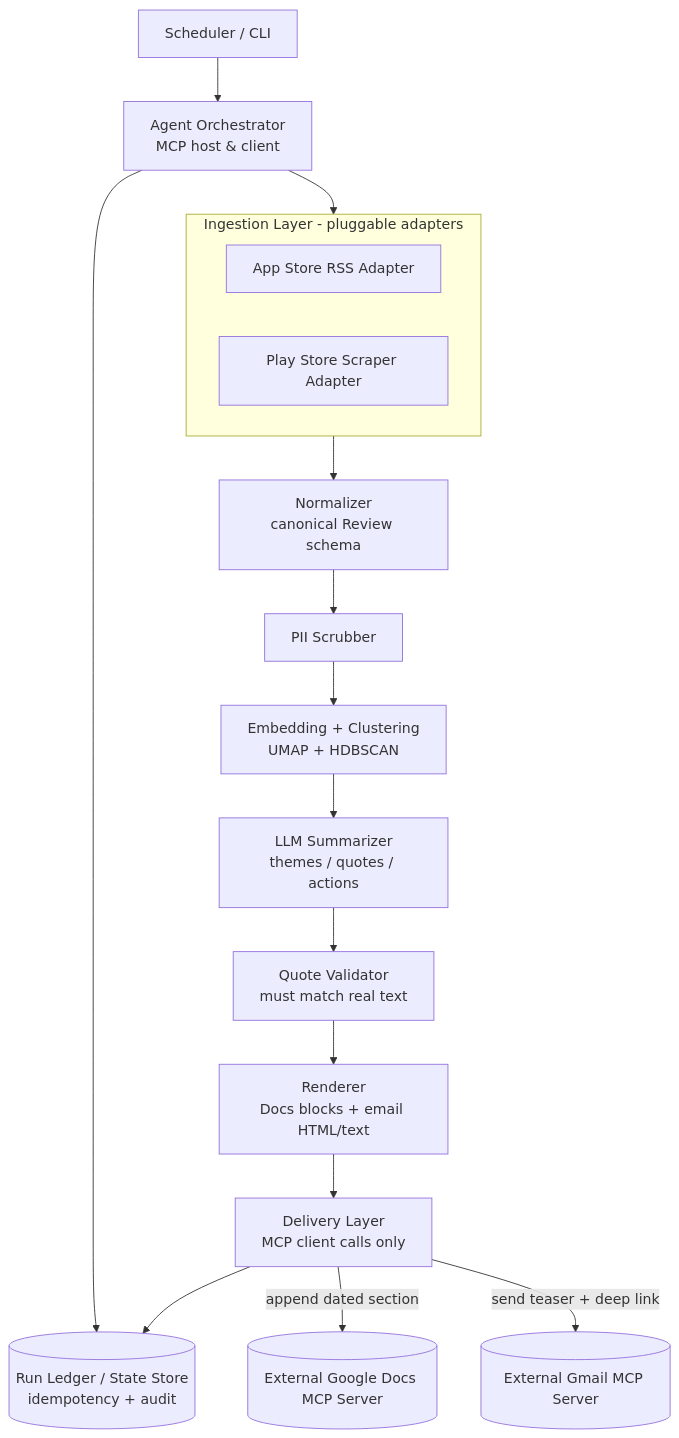
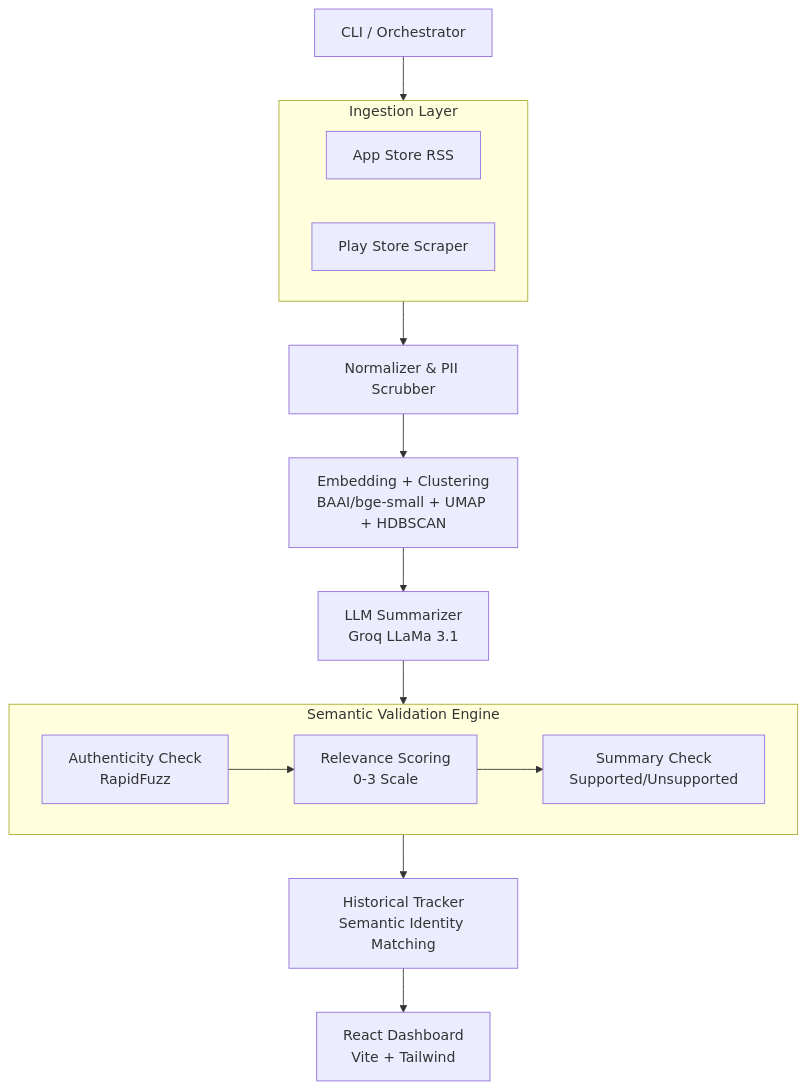
The diagram in docs/architecture.md (Flukeshotz/PULSE), drawn with Mermaid before and after one commit. The commit also changed other lines of this file and 55 other files, not shown here.

Commit message:
Fix UI bugs before deploy: dropped stat, volume chart, rating axis, theme map

````diff
--- a/docs/architecture.md
+++ b/docs/architecture.md
@@ -32,24 +22,24 @@
 ```mermaid
 flowchart TD
-    SCHED[Scheduler / CLI] --> ORCH[Agent Orchestrator<br/>MCP host & client]
+    SCHED[CLI / Orchestrator] --> INGEST[Ingestion Layer]
 
-    subgraph INGEST[Ingestion Layer - pluggable adapters]
-        A1[App Store RSS Adapter]
-        A2[Play Store Scraper Adapter]
+    subgraph INGEST[Ingestion Layer]
+        A1[App Store RSS]
+        A2[Play Store Scraper]
     end
 
-    ORCH --> INGEST
-    INGEST --> NORM[Normalizer<br/>canonical Review schema]
-    NORM --> SCRUB[PII Scrubber]
-    SCRUB --> EMB[Embedding + Clustering<br/>UMAP + HDBSCAN]
-    EMB --> LLM[LLM Summarizer<br/>themes / quotes / actions]
-    LLM --> VAL[Quote Validator<br/>must match real text]
-    VAL --> REND[Renderer<br/>Docs blocks + email HTML/text]
-
-    REND --> DELIV[Delivery Layer<br/>MCP client calls only]
-    DELIV -->|append dated section| DOCS[(External Google Docs MCP Server)]
-    DELIV -->|send teaser + deep link| GMAIL[(External Gmail MCP Server)]
-
-    ORCH --> STATE[(Run Ledger / State Store<br/>idempotency + audit)]
-    DELIV --> STATE
+    INGEST --> NORM[Normalizer & PII Scrubber]
+    NORM --> EMB[Embedding + Clustering<br/>BAAI/bge-small + UMAP + HDBSCAN]
+    EMB --> LLM[LLM Summarizer<br/>Groq LLaMa 3.1]
+    
+    subgraph VAL[Semantic Validation Engine]
+        AUTH[Authenticity Check<br/>RapidFuzz]
+        REL[Relevance Scoring<br/>0-3 Scale]
+        SUM[Summary Check<br/>Supported/Unsupported]
+        AUTH --> REL --> SUM
+    end
+    
+    LLM --> VAL
+    VAL --> HIST[Historical Tracker<br/>Semantic Identity Matching]
+    HIST --> REND[React Dashboard<br/>Vite + Tailwind]
 ```
````
